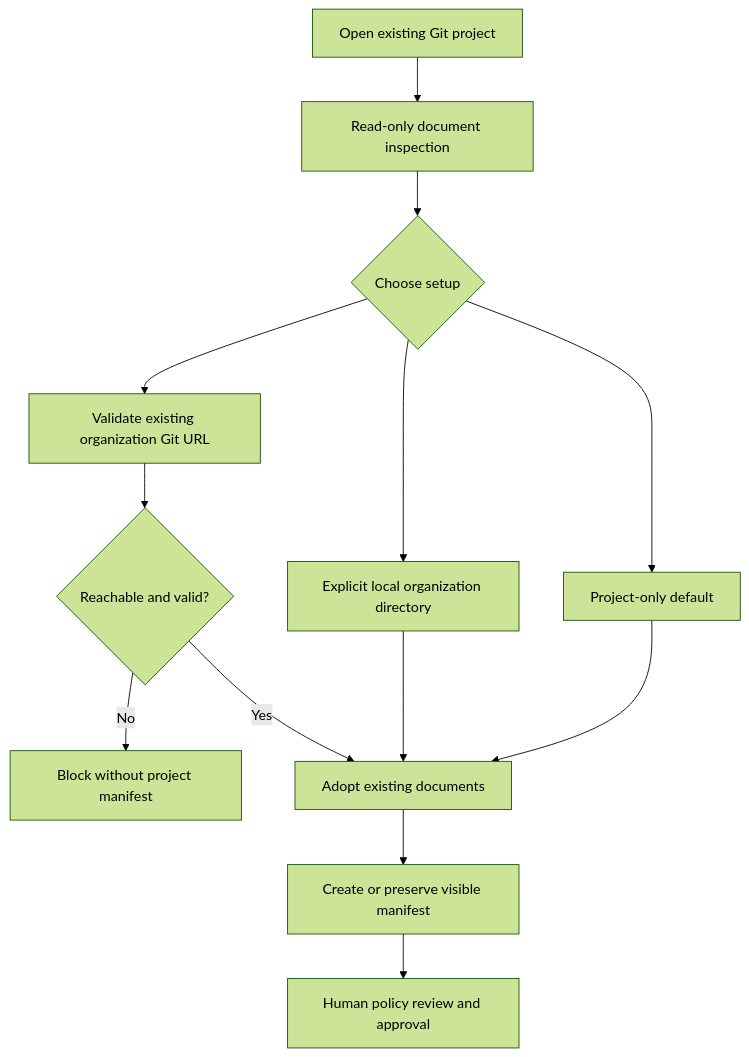
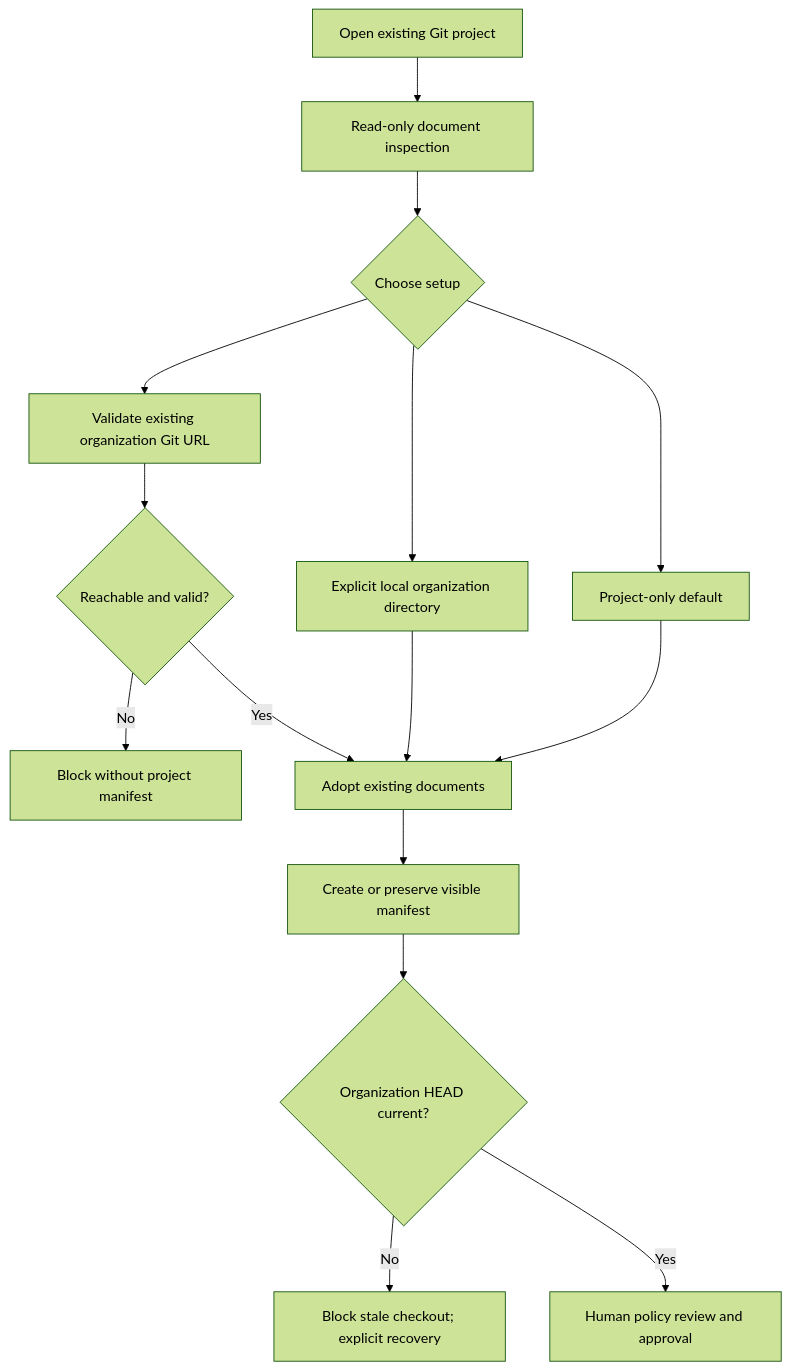
Before and after one commit to wgentil/devflow: the second of 2 diagrams in docs/setup-and-usage.md, drawn with Mermaid (forest theme). The commit also changed other lines of this file and 8 other files, not shown here.

Commit message:
Block stale organization checkouts before policy resolution

````diff
--- a/docs/setup-and-usage.md
+++ b/docs/setup-and-usage.md
@@ -357,15 +358,17 @@
 ```mermaid
 flowchart TD
     Open[Open existing Git project] --> Inspect[Read-only document inspection]
     Inspect --> Choice{Choose setup}
     Choice --> Project[Project-only default]
     Choice --> Attach[Validate existing organization Git URL]
     Choice --> Create[Explicit local organization directory]
     Attach --> Valid{Reachable and valid?}
     Valid -->|No| Block[Block without project manifest]
     Valid -->|Yes| Adopt[Adopt existing documents]
     Create --> Adopt
     Project --> Adopt
     Adopt --> Manifest[Create or preserve visible manifest]
-    Manifest --> Human[Human policy review and approval]
+    Manifest --> Fresh{Organization HEAD current?}
+    Fresh -->|No| Recover[Block stale checkout; explicit recovery]
+    Fresh -->|Yes| Human[Human policy review and approval]
 ```
````
